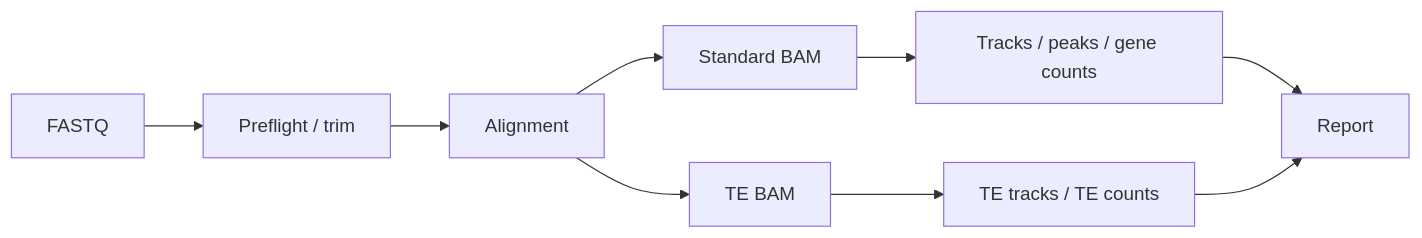
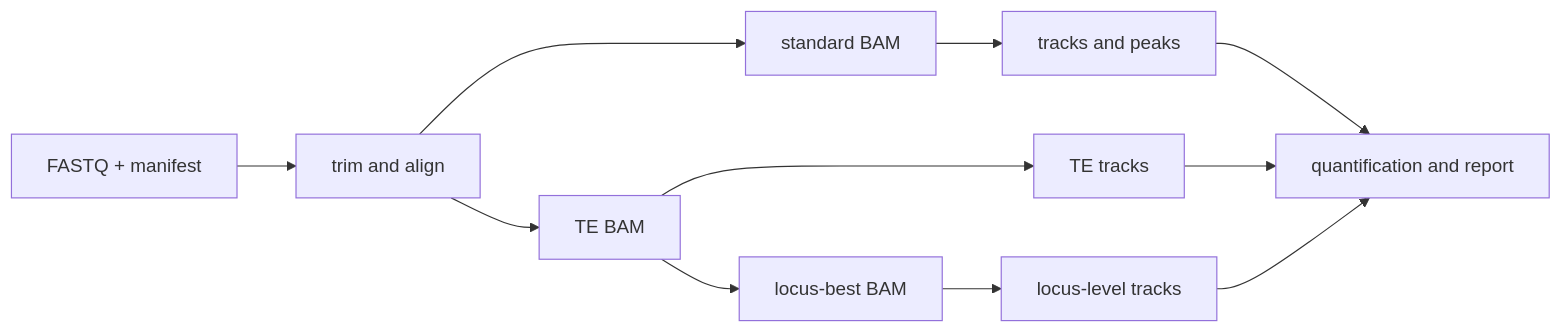
One commit to quii490/Pipelines changed the diagram in docs/content/pipelines/cutrun/index.md. Above: the diagram before and after it, drawn with Mermaid. The commit also changed other lines of this file and 95 other files, not shown here.

````diff
--- a/docs/content/pipelines/cutrun/index.md
+++ b/docs/content/pipelines/cutrun/index.md
@@ -11,11 +13,13 @@
 ```mermaid
 flowchart LR
-  A[FASTQ] --> B[Preflight / trim]
-  B --> C[Alignment]
-  C --> D[Standard BAM]
-  C --> E[TE BAM]
-  D --> F[Tracks / peaks / gene counts]
-  E --> G[TE tracks / TE counts]
-  F --> H[Report]
-  G --> H
+  A[FASTQ + manifest] --> B[trim and align]
+  B --> C[standard BAM]
+  B --> D[TE BAM]
+  D --> E[locus-best BAM]
+  C --> F[tracks and peaks]
+  D --> G[TE tracks]
+  E --> H[locus-level tracks]
+  F --> I[quantification and report]
+  G --> I
+  H --> I
 ```
````
